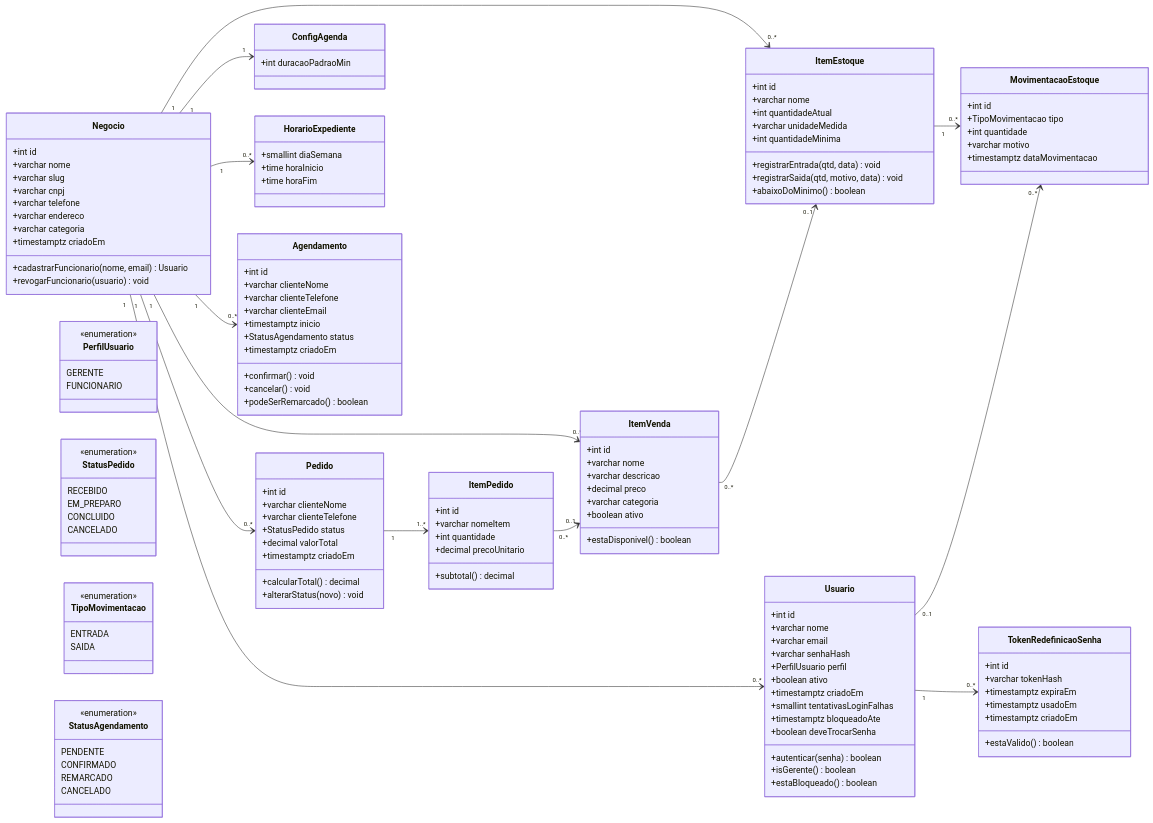
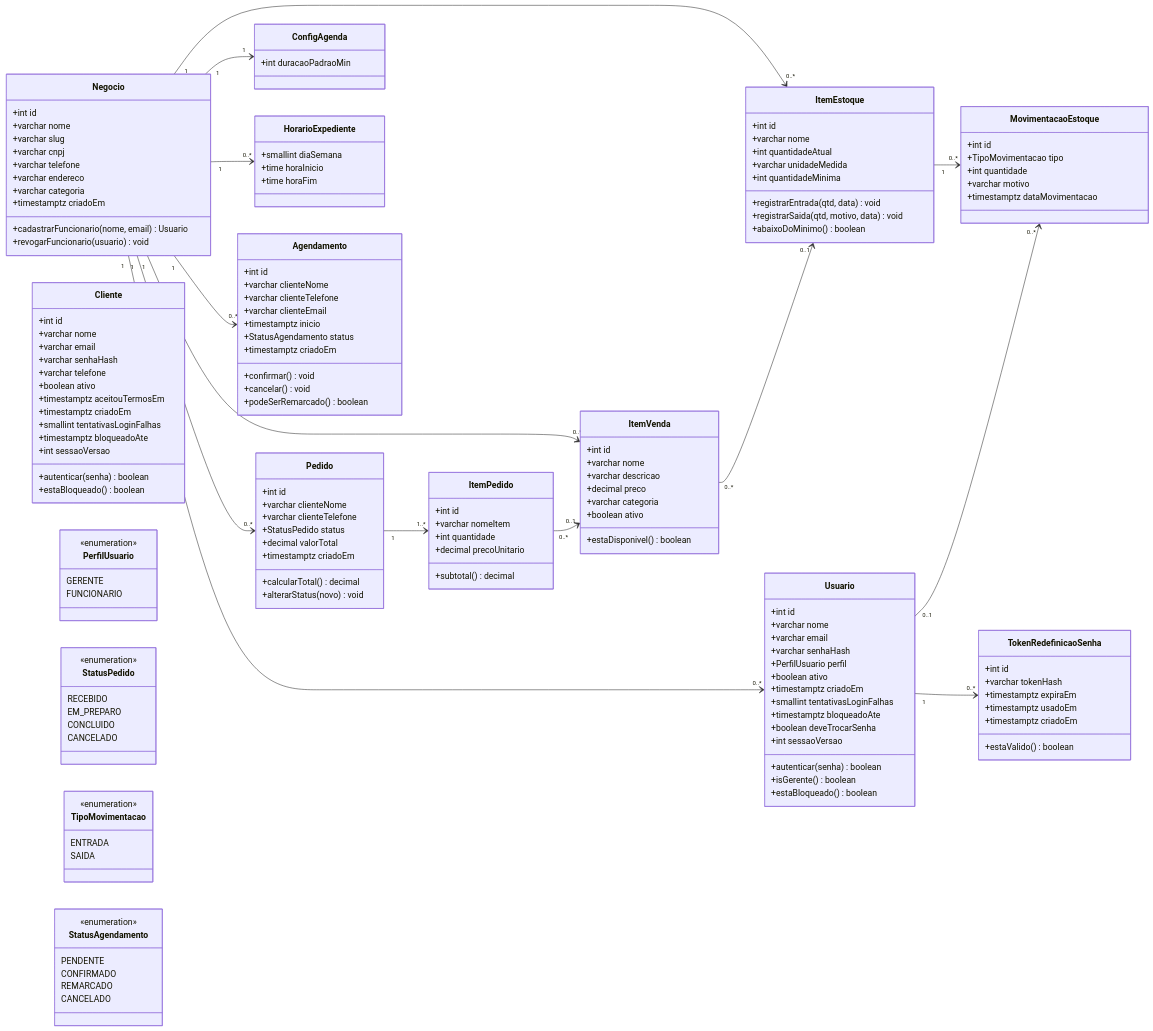
Before and after one commit to faculdade-sapiens/web-sapiens: the second of 2 diagrams in docs/Conecta+_Modelagem_Banco_de_Dados.md, drawn with Mermaid. The commit also changed other lines of this file and 14 other files, not shown here.

```diff
--- a/docs/Conecta+_Modelagem_Banco_de_Dados.md
+++ b/docs/Conecta+_Modelagem_Banco_de_Dados.md
@@ -182,6 +196,7 @@
         +smallint tentativasLoginFalhas
         +timestamptz bloqueadoAte
         +boolean deveTrocarSenha
+        +int sessaoVersao
         +autenticar(senha) boolean
         +isGerente() boolean
         +estaBloqueado() boolean
@@ -193,6 +208,21 @@
         +timestamptz usadoEm
         +timestamptz criadoEm
         +estaValido() boolean
+    }
+    class Cliente {
+        +int id
+        +varchar nome
+        +varchar email
+        +varchar senhaHash
+        +varchar telefone
+        +boolean ativo
+        +timestamptz aceitouTermosEm
+        +timestamptz criadoEm
+        +smallint tentativasLoginFalhas
+        +timestamptz bloqueadoAte
+        +int sessaoVersao
+        +autenticar(senha) boolean
+        +estaBloqueado() boolean
     }
     class ItemVenda {
         +int id
```
